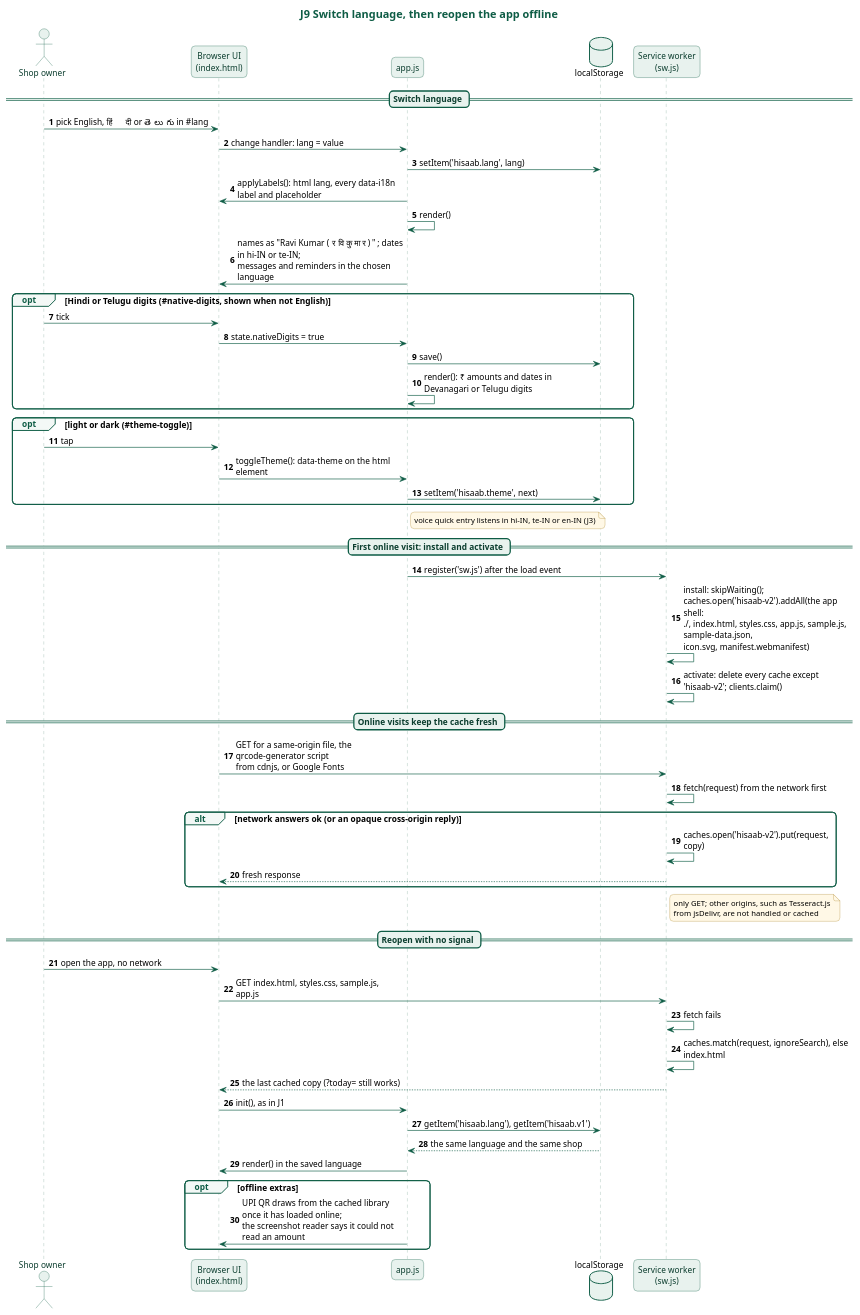
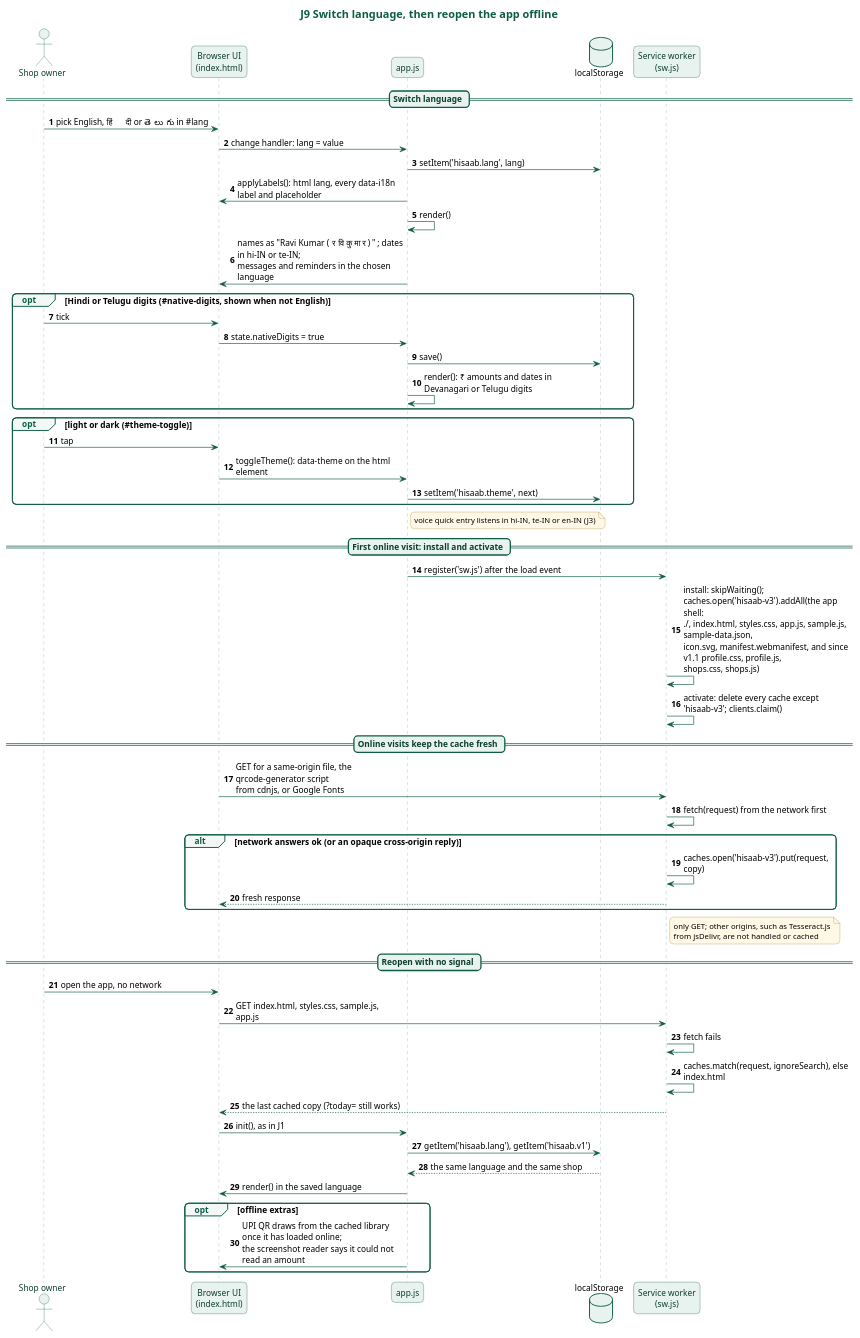
One commit to karwasanjay007/hisaab-docs changed the diagram in docs/diagrams/j9-language-offline.puml. Above: the diagram before and after it, drawn with PlantUML. The commit also changed 5 other files, not shown here.

First line of the commit message:
Diagrams for version 1.1.0.0: J1 loads the add-ons, J6 statement carries the shop profile, J9 cache hisaab-v3 with the new files

```diff
--- a/docs/diagrams/j9-language-offline.puml
+++ b/docs/diagrams/j9-language-offline.puml
@@ -1,90 +1,90 @@
 @startuml j9-language-offline
 title J9 Switch language, then reopen the app offline
 skinparam backgroundColor white
 skinparam defaultFontName "Noto Sans"
 skinparam defaultFontSize 13
 skinparam roundCorner 12
 skinparam shadowing false
 skinparam maxMessageSize 260
 skinparam titleFontSize 17
 skinparam titleFontColor #0E5C45
 skinparam sequenceMessageAlign left
 skinparam responseMessageBelowArrow true
 skinparam sequence {
   ArrowColor #0E5C45
   LifeLineBorderColor #7FA89A
   LifeLineBackgroundColor #E8F2EE
   ParticipantBorderColor #0E5C45
   ParticipantBackgroundColor #E8F2EE
   ParticipantFontColor #0B3D2E
   ActorBorderColor #0E5C45
   ActorBackgroundColor #E8F2EE
   ActorFontColor #0B3D2E
   GroupBorderColor #0E5C45
   GroupHeaderFontColor #0E5C45
   GroupBackgroundColor #F3F8F6
   DividerBorderColor #0E5C45
   DividerBackgroundColor #E8F2EE
   DividerFontColor #0B3D2E
   BoxBorderColor #0E5C45
 }
 skinparam database {
   BorderColor #0E5C45
   BackgroundColor #E8F2EE
 }
 skinparam note {
   BorderColor #B08A2E
   BackgroundColor #FFF8E6
   FontSize 12
 }
 actor "Shop owner" as Owner
 participant "Browser UI\n(index.html)" as UI
 participant "app.js" as App
 database "localStorage" as LS
 participant "Service worker\n(sw.js)" as SW
 autonumber
 == Switch language ==
 Owner -> UI : pick English, हिंदी or తెలుగు in #lang
 UI -> App : change handler: lang = value
 App -> LS : setItem('hisaab.lang', lang)
 App -> UI : applyLabels(): html lang, every data-i18n label and placeholder
 App -> App : render()
 App -> UI : names as "Ravi Kumar (रवि कुमार)"; dates in hi-IN or te-IN;\nmessages and reminders in the chosen language
 opt Hindi or Telugu digits (#native-digits, shown when not English)
   Owner -> UI : tick
   UI -> App : state.nativeDigits = true
   App -> LS : save()
   App -> App : render(): ₹ amounts and dates in Devanagari or Telugu digits
 end
 opt light or dark (#theme-toggle)
   Owner -> UI : tap
   UI -> App : toggleTheme(): data-theme on the html element
   App -> LS : setItem('hisaab.theme', next)
 end
 note right of App : voice quick entry listens in hi-IN, te-IN or en-IN (J3)
 == First online visit: install and activate ==
 App -> SW : register('sw.js') after the load event
-SW -> SW : install: skipWaiting(); caches.open('hisaab-v2').addAll(the app shell:\n./, index.html, styles.css, app.js, sample.js, sample-data.json,\nicon.svg, manifest.webmanifest)
-SW -> SW : activate: delete every cache except 'hisaab-v2'; clients.claim()
+SW -> SW : install: skipWaiting(); caches.open('hisaab-v3').addAll(the app shell:\n./, index.html, styles.css, app.js, sample.js, sample-data.json,\nicon.svg, manifest.webmanifest, and since v1.1 profile.css, profile.js,\nshops.css, shops.js)
+SW -> SW : activate: delete every cache except 'hisaab-v3'; clients.claim()
 == Online visits keep the cache fresh ==
 UI -> SW : GET for a same-origin file, the qrcode-generator script\nfrom cdnjs, or Google Fonts
 SW -> SW : fetch(request) from the network first
 alt network answers ok (or an opaque cross-origin reply)
-  SW -> SW : caches.open('hisaab-v2').put(request, copy)
+  SW -> SW : caches.open('hisaab-v3').put(request, copy)
   SW --> UI : fresh response
 end
 note right of SW : only GET; other origins, such as Tesseract.js\nfrom jsDelivr, are not handled or cached
 == Reopen with no signal ==
 Owner -> UI : open the app, no network
 UI -> SW : GET index.html, styles.css, sample.js, app.js
 SW -> SW : fetch fails
 SW -> SW : caches.match(request, ignoreSearch), else index.html
 SW --> UI : the last cached copy (?today= still works)
 UI -> App : init(), as in J1
 App -> LS : getItem('hisaab.lang'), getItem('hisaab.v1')
 LS --> App : the same language and the same shop
 App -> UI : render() in the saved language
 opt offline extras
   App -> UI : UPI QR draws from the cached library once it has loaded online;\nthe screenshot reader says it could not read an amount
 end
 @enduml
```
